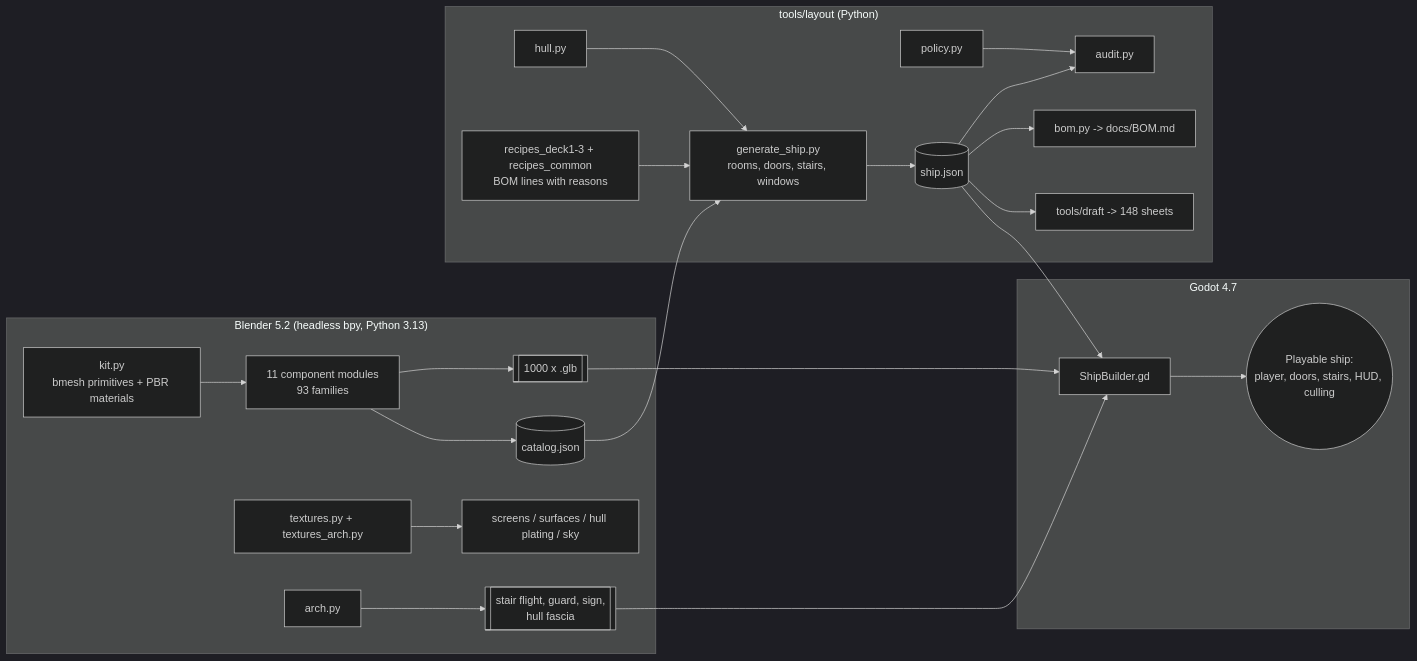
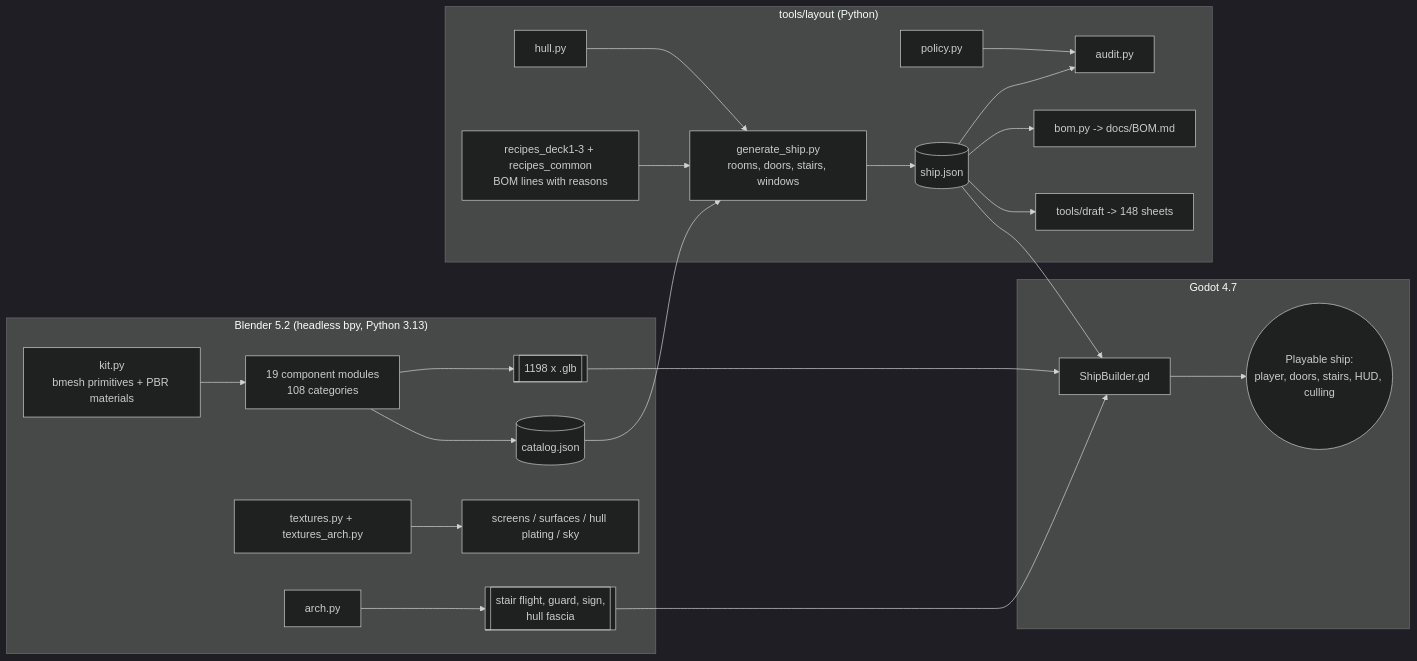
Before and after one commit to jgyy/starshipgo: the second of 3 diagrams in README.md, drawn with Mermaid (dark theme). The commit also changed other lines of this file and 1216 other files, not shown here.

````diff
--- a/README.md
+++ b/README.md
@@ -111,26 +111,26 @@
 ```mermaid
 flowchart LR
     subgraph Blender["Blender 5.2 (headless bpy, Python 3.13)"]
-        K[kit.py<br/>bmesh primitives + PBR materials] --> F[11 component modules<br/>93 families]
+        K[kit.py<br/>bmesh primitives + PBR materials] --> F[19 component modules<br/>108 categories]
         T[textures.py + textures_arch.py] --> S[screens / surfaces / hull plating / sky]
-        F --> G[[1000 x .glb]]
+        F --> G[[1198 x .glb]]
         F --> C[(catalog.json)]
         A[arch.py] --> AG[[stair flight, guard, sign,<br/>hull fascia]]
     end
     subgraph Layout["tools/layout (Python)"]
         H[hull.py] --> L
         C --> L[generate_ship.py<br/>rooms, doors, stairs, windows]
         R[recipes_deck1-3 + recipes_common<br/>BOM lines with reasons] --> L
         P[policy.py] --> AU[audit.py]
         L --> J[(ship.json)]
         J --> AU
         J --> BOM[bom.py -> docs/BOM.md]
         J --> DR[tools/draft -> 148 sheets]
     end
     subgraph Godot["Godot 4.7"]
         G --> B[ShipBuilder.gd]
         AG --> B
         J --> B
         B --> W((Playable ship:<br/>player, doors, stairs, HUD, culling))
     end
 ```
````
